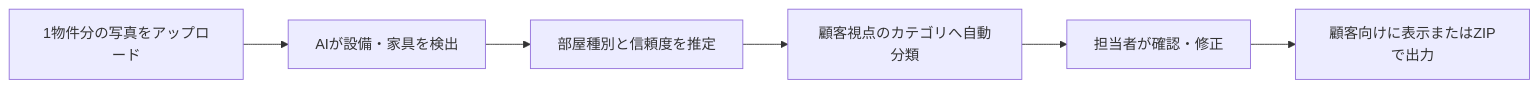
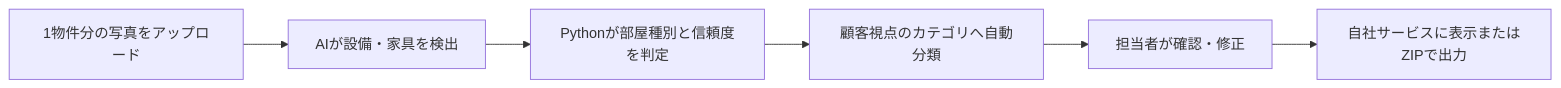
Before and after one commit to kiwamu961/20260827: the diagram in pj-docs/01_proposal/proposal.md, drawn with Mermaid. The commit also changed other lines of this file, not shown here.

````diff
--- a/pj-docs/01_proposal/proposal.md
+++ b/pj-docs/01_proposal/proposal.md
@@ -47,8 +48,8 @@
 ```mermaid
 flowchart LR
     A[1物件分の写真をアップロード] --> B[AIが設備・家具を検出]
-    B --> C[部屋種別と信頼度を推定]
+    B --> C[Pythonが部屋種別と信頼度を判定]
     C --> D[顧客視点のカテゴリへ自動分類]
     D --> E[担当者が確認・修正]
-    E --> F[顧客向けに表示またはZIPで出力]
+    E --> F[自社サービスに表示またはZIPで出力]
 ```
````
